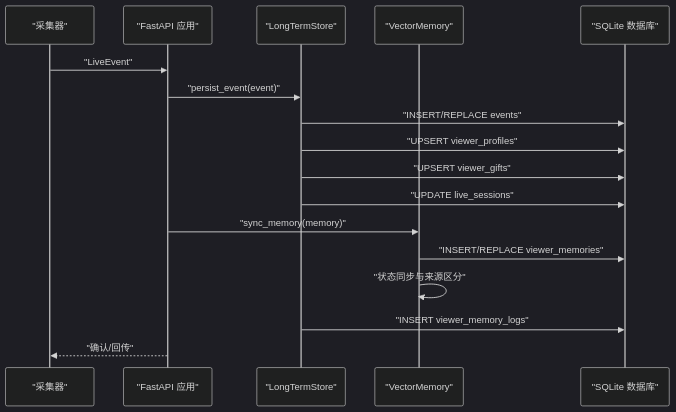
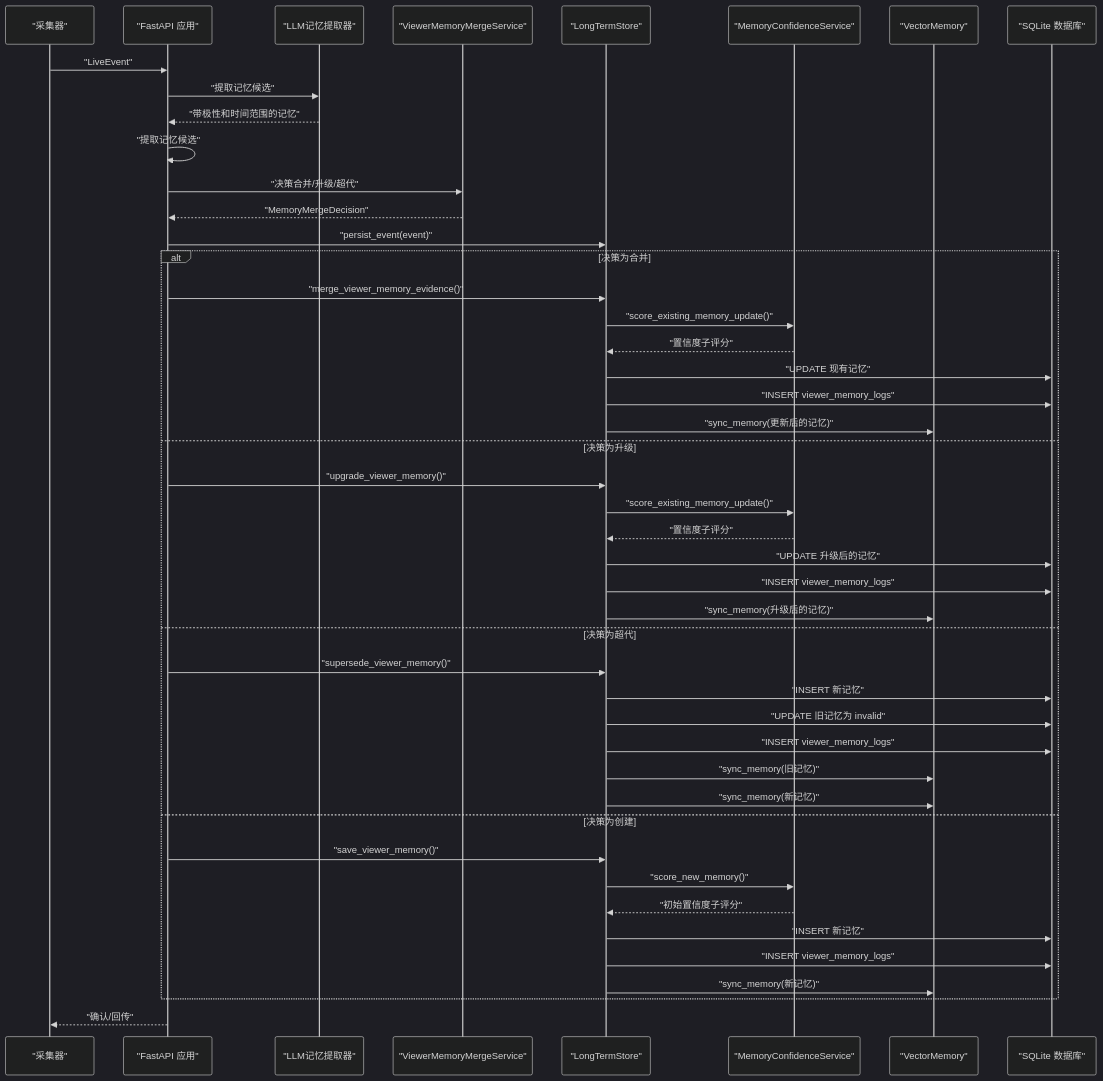
One commit to Moon-Force/DouYin_llm changed the second of 3 diagrams in .qoder/repowiki/zh/content/后端服务/内存管理系统/长期存储管理.md. Above: the diagram before and after it, drawn with Mermaid (dark theme). The commit also changed other lines of this file and 34 other files, not shown here.

````diff
--- a/.qoder/repowiki/zh/content/后端服务/内存管理系统/长期存储管理.md
+++ b/.qoder/repowiki/zh/content/后端服务/内存管理系统/长期存储管理.md
@@ -89,19 +115,48 @@
 ```mermaid
 sequenceDiagram
 participant COL as "采集器"
 participant APP as "FastAPI 应用"
+participant LME as "LLM记忆提取器"
+participant MMS as "ViewerMemoryMergeService"
 participant LT as "LongTermStore"
+participant MCS as "MemoryConfidenceService"
 participant VM as "VectorMemory"
 participant DB as "SQLite 数据库"
 COL->>APP : "LiveEvent"
+APP->>LME : "提取记忆候选"
+LME-->>APP : "带极性和时间范围的记忆"
+APP->>APP : "提取记忆候选"
+APP->>MMS : "决策合并/升级/超代"
+MMS-->>APP : "MemoryMergeDecision"
 APP->>LT : "persist_event(event)"
-LT->>DB : "INSERT/REPLACE events"
-LT->>DB : "UPSERT viewer_profiles"
-LT->>DB : "UPSERT viewer_gifts"
-LT->>DB : "UPDATE live_sessions"
-APP->>VM : "sync_memory(memory)"
-VM->>DB : "INSERT/REPLACE viewer_memories"
-VM->>VM : "状态同步与来源区分"
+ALT 决策为合并
+APP->>LT : "merge_viewer_memory_evidence()"
+LT->>MCS : "score_existing_memory_update()"
+MCS-->>LT : "置信度子评分"
+LT->>DB : "UPDATE 现有记忆"
 LT->>DB : "INSERT viewer_memory_logs"
+LT->>VM : "sync_memory(更新后的记忆)"
+ELSE 决策为升级
+APP->>LT : "upgrade_viewer_memory()"
+LT->>MCS : "score_existing_memory_update()"
+MCS-->>LT : "置信度子评分"
+LT->>DB : "UPDATE 升级后的记忆"
+LT->>DB : "INSERT viewer_memory_logs"
+LT->>VM : "sync_memory(升级后的记忆)"
+ELSE 决策为超代
+APP->>LT : "supersede_viewer_memory()"
+LT->>DB : "INSERT 新记忆"
+LT->>DB : "UPDATE 旧记忆为 invalid"
+LT->>DB : "INSERT viewer_memory_logs"
+LT->>VM : "sync_memory(旧记忆)"
+LT->>VM : "sync_memory(新记忆)"
+ELSE 决策为创建
+APP->>LT : "save_viewer_memory()"
+LT->>MCS : "score_new_memory()"
+MCS-->>LT : "初始置信度子评分"
+LT->>DB : "INSERT 新记忆"
+LT->>DB : "INSERT viewer_memory_logs"
+LT->>VM : "sync_memory(新记忆)"
+END
 APP-->>COL : "确认/回传"
 ```
````
